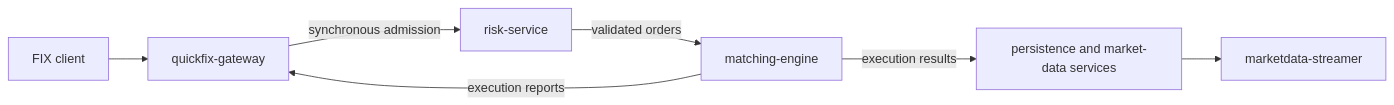
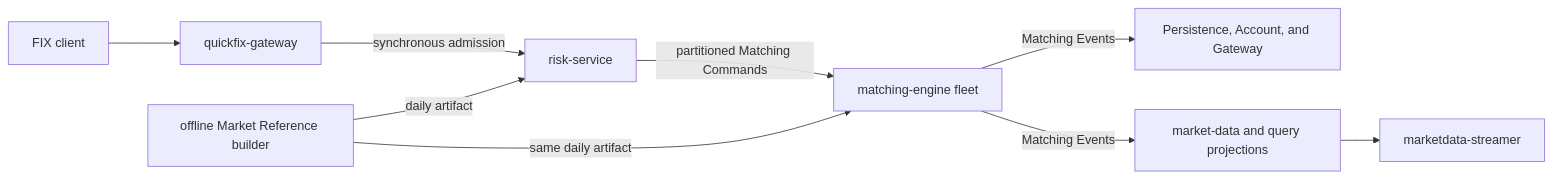
One commit to WenHsuanYu/SimpleMatch changed the diagram in README.md. Above: the diagram before and after it, drawn with Mermaid. The commit also changed other lines of this file and 23 other files, not shown here.

First line of the commit message:
Define Phase 1 trading architecture

````diff
--- a/README.md
+++ b/README.md
@@ -22,9 +22,11 @@
 ```mermaid
 flowchart LR
   Client[FIX client] --> Gateway[quickfix-gateway]
   Gateway -->|synchronous admission| Risk[risk-service]
-  Risk -->|validated orders| Engine[matching-engine]
-  Engine -->|execution results| Downstream[persistence and market-data services]
-  Downstream --> Streamer[marketdata-streamer]
-  Engine -->|execution reports| Gateway
+  Artifact[offline Market Reference builder] -->|daily artifact| Risk
+  Artifact -->|same daily artifact| Engine[matching-engine fleet]
+  Risk -->|partitioned Matching Commands| Engine
+  Engine -->|Matching Events| Critical[Persistence, Account, and Gateway]
+  Engine -->|Matching Events| Projection[market-data and query projections]
+  Projection --> Streamer[marketdata-streamer]
 ```
````
